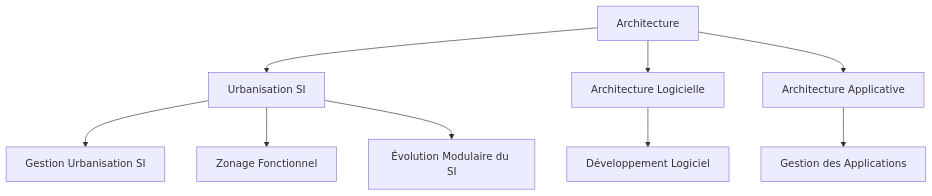
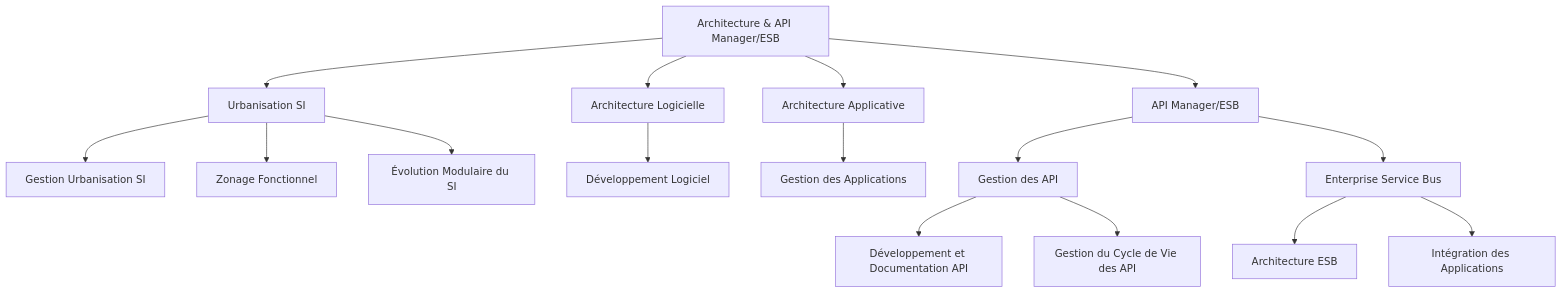
One commit to sanogotech/preparationCertificationCCNA changed the second of 6 diagrams in TestSchema.md. Above: the diagram before and after it, drawn with Mermaid. The commit also changed other lines of this file, not shown here.

````diff
--- a/TestSchema.md
+++ b/TestSchema.md
@@ -60,17 +19,30 @@
 ```mermaid
 graph TD
-    B[Architecture] --> B1[Urbanisation SI]
+    B[Architecture & API Manager/ESB] --> B1[Urbanisation SI]
     B --> B2[Architecture Logicielle]
     B --> B3[Architecture Applicative]
+    B --> H[API Manager/ESB]
 
     %% Urbanisation SI
     B1 --> B1a[Gestion Urbanisation SI]
     B1 --> B1b[Zonage Fonctionnel]
     B1 --> B1c[Évolution Modulaire du SI]
 
     %% Architecture Logicielle
     B2 --> B2a[Développement Logiciel]
 
     %% Architecture Applicative
     B3 --> B3a[Gestion des Applications]
+
+    %% API Manager/ESB
+    H --> H1[Gestion des API]
+    H --> H2[Enterprise Service Bus]
+
+    %% Gestion des API
+    H1 --> H1a[Développement et Documentation API]
+    H1 --> H1b[Gestion du Cycle de Vie des API]
+
+    %% Enterprise Service Bus
+    H2 --> H2a[Architecture ESB]
+    H2 --> H2b[Intégration des Applications]
 ```
````
